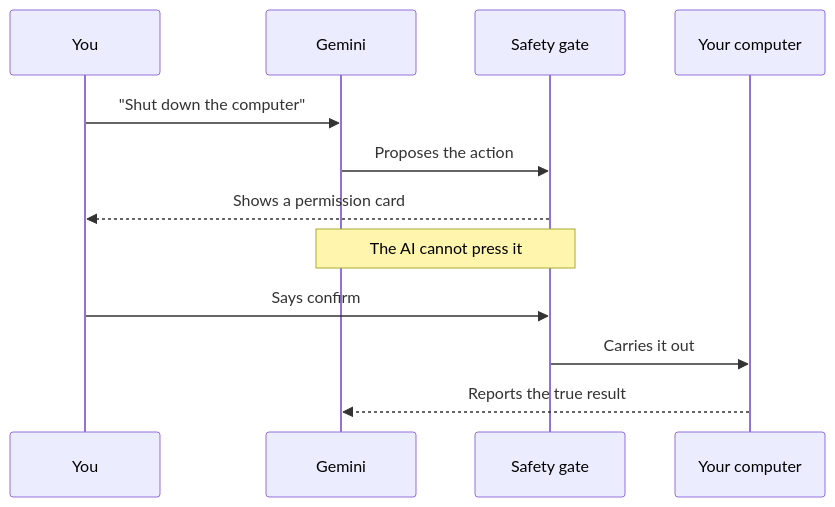
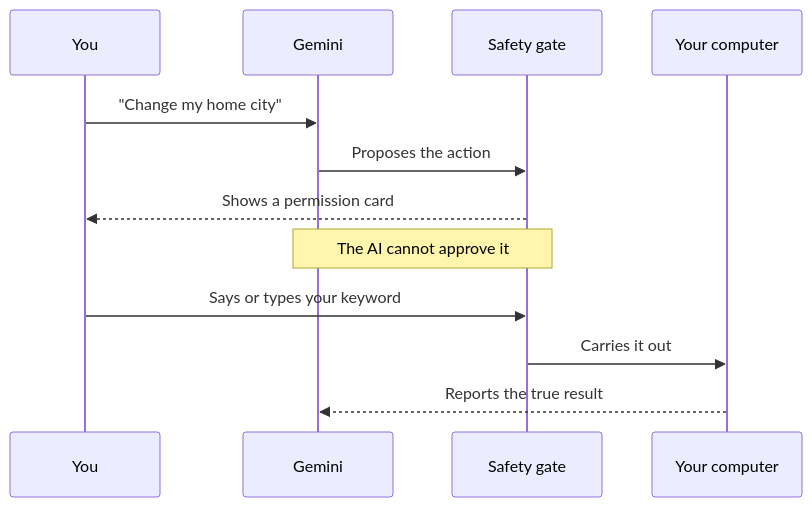
One commit to SAMIJAVED217/ALPHA changed the first of 2 diagrams in README.md. Above: the diagram before and after it, drawn with Mermaid. The commit also changed other lines of this file and 2 other files, not shown here.

````diff
--- a/README.md
+++ b/README.md
@@ -172,14 +205,14 @@
 ```mermaid
 sequenceDiagram
     participant You
     participant AI as Gemini
     participant Gate as Safety gate
     participant PC as Your computer
-    You->>AI: "Shut down the computer"
+    You->>AI: "Change my home city"
     AI->>Gate: Proposes the action
     Gate-->>You: Shows a permission card
-    Note over AI,Gate: The AI cannot press it
-    You->>Gate: Says confirm
+    Note over AI,Gate: The AI cannot approve it
+    You->>Gate: Says or types your keyword
     Gate->>PC: Carries it out
     PC-->>AI: Reports the true result
 ```
````
